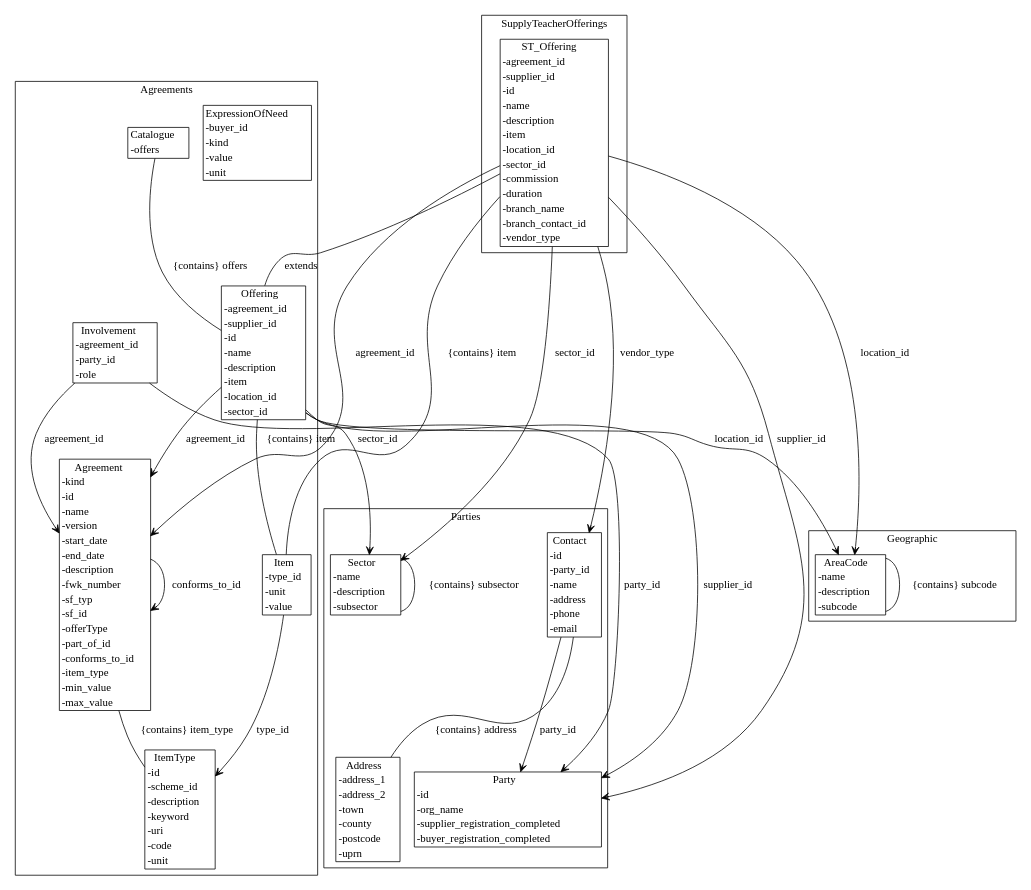
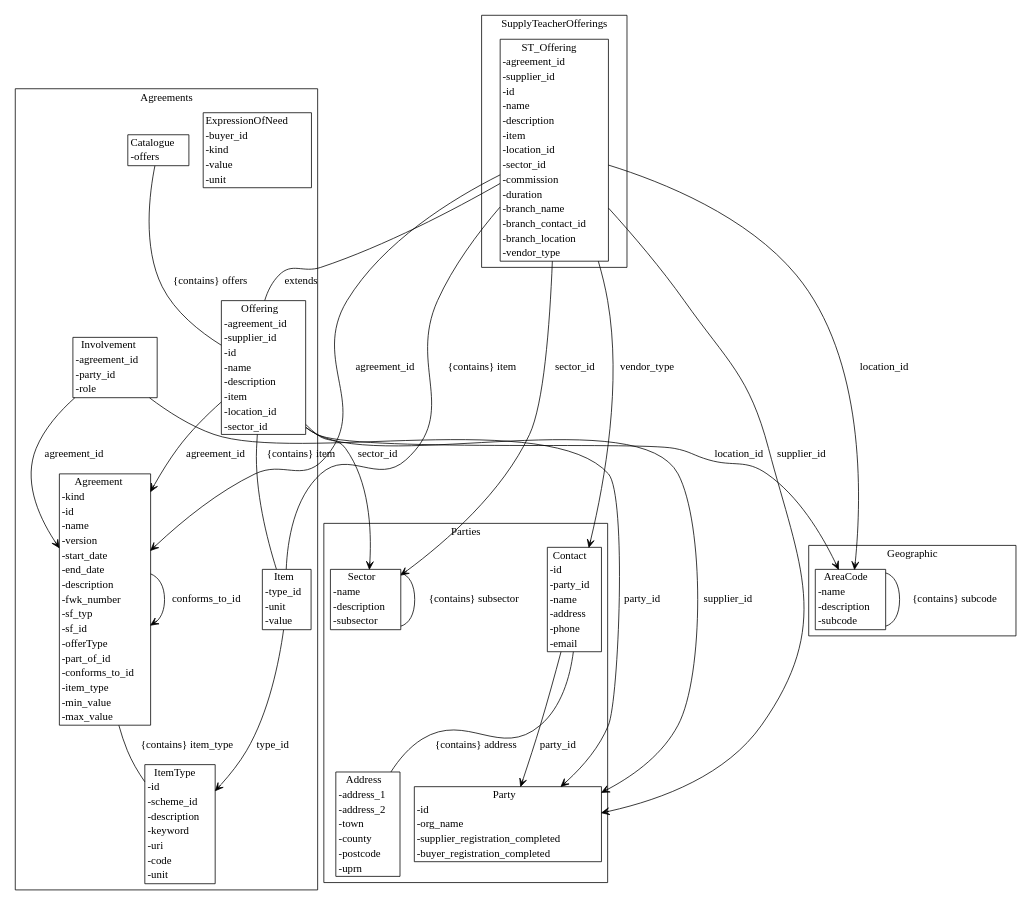
The diagram in agreement-design/gen/diagrams/metamodel.dot (Crown-Commercial-Service/cmp-design-prototype), drawn with Graphviz before and after one commit. The commit also changed 6 other files, not shown here.

```diff
--- a/agreement-design/gen/diagrams/metamodel.dot
+++ b/agreement-design/gen/diagrams/metamodel.dot
@@ -1,55 +1,55 @@
 strict digraph {
 subgraph cluster_Agreements {
 node [shape=plaintext margin=0];
 label=Agreements;
 "ItemType" [label=<<table BORDER="1" CELLBORDER="0" CELLSPACING="0"><TH><TD>ItemType</TD></TH><TR><TD ALIGN="LEFT">-id</TD></TR><TR><TD ALIGN="LEFT">-scheme_id</TD></TR><TR><TD ALIGN="LEFT">-description</TD></TR><TR><TD ALIGN="LEFT">-keyword</TD></TR><TR><TD ALIGN="LEFT">-uri</TD></TR><TR><TD ALIGN="LEFT">-code</TD></TR><TR><TD ALIGN="LEFT">-unit</TD></TR></table>>];
 "ExpressionOfNeed" [label=<<table BORDER="1" CELLBORDER="0" CELLSPACING="0"><TH><TD>ExpressionOfNeed</TD></TH><TR><TD ALIGN="LEFT">-buyer_id</TD></TR><TR><TD ALIGN="LEFT">-kind</TD></TR><TR><TD ALIGN="LEFT">-value</TD></TR><TR><TD ALIGN="LEFT">-unit</TD></TR></table>>];
 "Agreement" [label=<<table BORDER="1" CELLBORDER="0" CELLSPACING="0"><TH><TD>Agreement</TD></TH><TR><TD ALIGN="LEFT">-kind</TD></TR><TR><TD ALIGN="LEFT">-id</TD></TR><TR><TD ALIGN="LEFT">-name</TD></TR><TR><TD ALIGN="LEFT">-version</TD></TR><TR><TD ALIGN="LEFT">-start_date</TD></TR><TR><TD ALIGN="LEFT">-end_date</TD></TR><TR><TD ALIGN="LEFT">-description</TD></TR><TR><TD ALIGN="LEFT">-fwk_number</TD></TR><TR><TD ALIGN="LEFT">-sf_typ</TD></TR><TR><TD ALIGN="LEFT">-sf_id</TD></TR><TR><TD ALIGN="LEFT">-offerType</TD></TR><TR><TD ALIGN="LEFT">-part_of_id</TD></TR><TR><TD ALIGN="LEFT">-conforms_to_id</TD></TR><TR><TD ALIGN="LEFT">-item_type</TD></TR><TR><TD ALIGN="LEFT">-min_value</TD></TR><TR><TD ALIGN="LEFT">-max_value</TD></TR></table>>];
 "Item" [label=<<table BORDER="1" CELLBORDER="0" CELLSPACING="0"><TH><TD>Item</TD></TH><TR><TD ALIGN="LEFT">-type_id</TD></TR><TR><TD ALIGN="LEFT">-unit</TD></TR><TR><TD ALIGN="LEFT">-value</TD></TR></table>>];
 "Offering" [label=<<table BORDER="1" CELLBORDER="0" CELLSPACING="0"><TH><TD>Offering</TD></TH><TR><TD ALIGN="LEFT">-agreement_id</TD></TR><TR><TD ALIGN="LEFT">-supplier_id</TD></TR><TR><TD ALIGN="LEFT">-id</TD></TR><TR><TD ALIGN="LEFT">-name</TD></TR><TR><TD ALIGN="LEFT">-description</TD></TR><TR><TD ALIGN="LEFT">-item</TD></TR><TR><TD ALIGN="LEFT">-location_id</TD></TR><TR><TD ALIGN="LEFT">-sector_id</TD></TR></table>>];
 "Catalogue" [label=<<table BORDER="1" CELLBORDER="0" CELLSPACING="0"><TH><TD>Catalogue</TD></TH><TR><TD ALIGN="LEFT">-offers</TD></TR></table>>];
 "Involvement" [label=<<table BORDER="1" CELLBORDER="0" CELLSPACING="0"><TH><TD>Involvement</TD></TH><TR><TD ALIGN="LEFT">-agreement_id</TD></TR><TR><TD ALIGN="LEFT">-party_id</TD></TR><TR><TD ALIGN="LEFT">-role</TD></TR></table>>];
 }
 subgraph cluster_Parties {
 node [shape=plaintext margin=0];
 label=Parties;
 "Party" [label=<<table BORDER="1" CELLBORDER="0" CELLSPACING="0"><TH><TD>Party</TD></TH><TR><TD ALIGN="LEFT">-id</TD></TR><TR><TD ALIGN="LEFT">-org_name</TD></TR><TR><TD ALIGN="LEFT">-supplier_registration_completed</TD></TR><TR><TD ALIGN="LEFT">-buyer_registration_completed</TD></TR></table>>];
 "Address" [label=<<table BORDER="1" CELLBORDER="0" CELLSPACING="0"><TH><TD>Address</TD></TH><TR><TD ALIGN="LEFT">-address_1</TD></TR><TR><TD ALIGN="LEFT">-address_2</TD></TR><TR><TD ALIGN="LEFT">-town</TD></TR><TR><TD ALIGN="LEFT">-county</TD></TR><TR><TD ALIGN="LEFT">-postcode</TD></TR><TR><TD ALIGN="LEFT">-uprn</TD></TR></table>>];
 "Contact" [label=<<table BORDER="1" CELLBORDER="0" CELLSPACING="0"><TH><TD>Contact</TD></TH><TR><TD ALIGN="LEFT">-id</TD></TR><TR><TD ALIGN="LEFT">-party_id</TD></TR><TR><TD ALIGN="LEFT">-name</TD></TR><TR><TD ALIGN="LEFT">-address</TD></TR><TR><TD ALIGN="LEFT">-phone</TD></TR><TR><TD ALIGN="LEFT">-email</TD></TR></table>>];
 "Sector" [label=<<table BORDER="1" CELLBORDER="0" CELLSPACING="0"><TH><TD>Sector</TD></TH><TR><TD ALIGN="LEFT">-name</TD></TR><TR><TD ALIGN="LEFT">-description</TD></TR><TR><TD ALIGN="LEFT">-subsector</TD></TR></table>>];
 }
 subgraph cluster_Geographic {
 node [shape=plaintext margin=0];
 label=Geographic;
 "AreaCode" [label=<<table BORDER="1" CELLBORDER="0" CELLSPACING="0"><TH><TD>AreaCode</TD></TH><TR><TD ALIGN="LEFT">-name</TD></TR><TR><TD ALIGN="LEFT">-description</TD></TR><TR><TD ALIGN="LEFT">-subcode</TD></TR></table>>];
 }
 subgraph cluster_SupplyTeacherOfferings {
 node [shape=plaintext margin=0];
 label=SupplyTeacherOfferings;
-"ST_Offering" [label=<<table BORDER="1" CELLBORDER="0" CELLSPACING="0"><TH><TD>ST_Offering</TD></TH><TR><TD ALIGN="LEFT">-agreement_id</TD></TR><TR><TD ALIGN="LEFT">-supplier_id</TD></TR><TR><TD ALIGN="LEFT">-id</TD></TR><TR><TD ALIGN="LEFT">-name</TD></TR><TR><TD ALIGN="LEFT">-description</TD></TR><TR><TD ALIGN="LEFT">-item</TD></TR><TR><TD ALIGN="LEFT">-location_id</TD></TR><TR><TD ALIGN="LEFT">-sector_id</TD></TR><TR><TD ALIGN="LEFT">-commission</TD></TR><TR><TD ALIGN="LEFT">-duration</TD></TR><TR><TD ALIGN="LEFT">-branch_name</TD></TR><TR><TD ALIGN="LEFT">-branch_contact_id</TD></TR><TR><TD ALIGN="LEFT">-vendor_type</TD></TR></table>>];
+"ST_Offering" [label=<<table BORDER="1" CELLBORDER="0" CELLSPACING="0"><TH><TD>ST_Offering</TD></TH><TR><TD ALIGN="LEFT">-agreement_id</TD></TR><TR><TD ALIGN="LEFT">-supplier_id</TD></TR><TR><TD ALIGN="LEFT">-id</TD></TR><TR><TD ALIGN="LEFT">-name</TD></TR><TR><TD ALIGN="LEFT">-description</TD></TR><TR><TD ALIGN="LEFT">-item</TD></TR><TR><TD ALIGN="LEFT">-location_id</TD></TR><TR><TD ALIGN="LEFT">-sector_id</TD></TR><TR><TD ALIGN="LEFT">-commission</TD></TR><TR><TD ALIGN="LEFT">-duration</TD></TR><TR><TD ALIGN="LEFT">-branch_name</TD></TR><TR><TD ALIGN="LEFT">-branch_contact_id</TD></TR><TR><TD ALIGN="LEFT">-branch_location</TD></TR><TR><TD ALIGN="LEFT">-vendor_type</TD></TR></table>>];
 }
 "Agreement" -> "Agreement" [label="part_of_id" arrowhead = "open" arrowtail = "none" ];
 "Agreement" -> "Agreement" [label="conforms_to_id" arrowhead = "open" arrowtail = "none" ];
 "Agreement" -> "ItemType" [label="{contains} item_type" arrowhead = "none" arrowtail = "diamond" ];
 "Item" -> "ItemType" [label="type_id" arrowhead = "open" arrowtail = "none" ];
 "Offering" -> "Agreement" [label="agreement_id" arrowhead = "open" arrowtail = "none" ];
 "Offering" -> "Party" [label="supplier_id" arrowhead = "open" arrowtail = "none" ];
 "Offering" -> "Item" [label="{contains} item" arrowhead = "none" arrowtail = "diamond" ];
 "Offering" -> "AreaCode" [label="location_id" arrowhead = "open" arrowtail = "none" ];
 "Offering" -> "Sector" [label="sector_id" arrowhead = "open" arrowtail = "none" ];
 "Catalogue" -> "Offering" [label="{contains} offers" arrowhead = "none" arrowtail = "diamond" ];
 "Involvement" -> "Agreement" [label="agreement_id" arrowhead = "open" arrowtail = "none" ];
 "Involvement" -> "Party" [label="party_id" arrowhead = "open" arrowtail = "none" ];
 "Contact" -> "Party" [label="party_id" arrowhead = "open" arrowtail = "none" ];
 "Contact" -> "Address" [label="{contains} address" arrowhead = "none" arrowtail = "diamond" ];
 "Sector" -> "Sector" [label="{contains} subsector" arrowhead = "none" arrowtail = "diamond" ];
 "AreaCode" -> "AreaCode" [label="{contains} subcode" arrowhead = "none" arrowtail = "diamond" ];
 "ST_Offering" -> "Offering" [label="extends" arrowhead = "none" arrowtail = "normal" ];
 "ST_Offering" -> "Agreement" [label="agreement_id" arrowhead = "open" arrowtail = "none" ];
 "ST_Offering" -> "Party" [label="supplier_id" arrowhead = "open" arrowtail = "none" ];
 "ST_Offering" -> "Item" [label="{contains} item" arrowhead = "none" arrowtail = "diamond" ];
 "ST_Offering" -> "AreaCode" [label="location_id" arrowhead = "open" arrowtail = "none" ];
 "ST_Offering" -> "Sector" [label="sector_id" arrowhead = "open" arrowtail = "none" ];
 "ST_Offering" -> "Contact" [label="branch_contact_id" arrowhead = "open" arrowtail = "none" ];
 "ST_Offering" -> "Contact" [label="vendor_type" arrowhead = "open" arrowtail = "none" ];
 }
```
